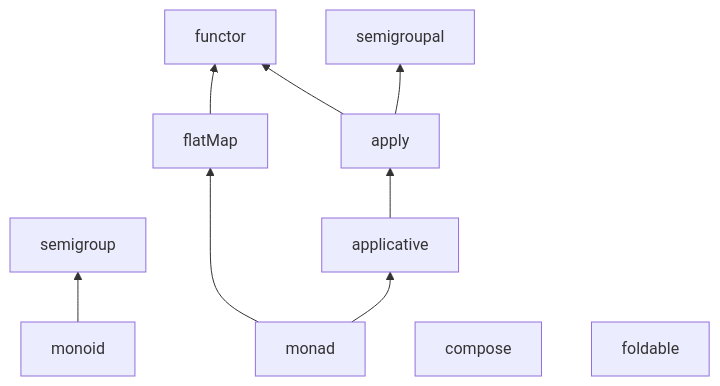
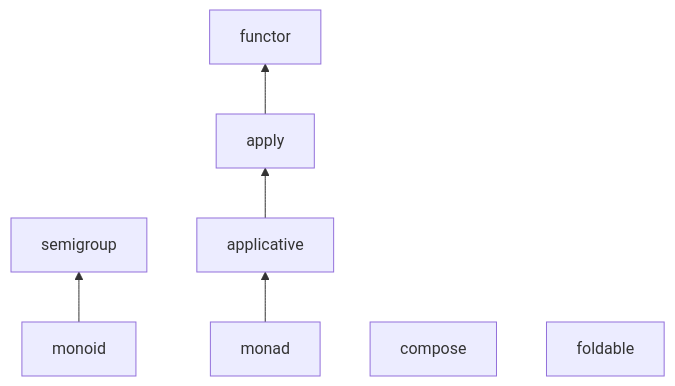
The diagram in README.md (lamdalib/kuram), drawn with Mermaid before and after one commit.

Commit message:
docs: Semigroupal and FlatMap will add after

````diff
--- a/README.md
+++ b/README.md
@@ -135,10 +135,7 @@
 ```mermaid
 flowchart BT
     monoid --> semigroup
     monad --> applicative --> apply --> functor
-    apply --> semigroupal
-    flatMap --> functor
-    monad --> flatMap
     compose
     foldable
 ```
````
